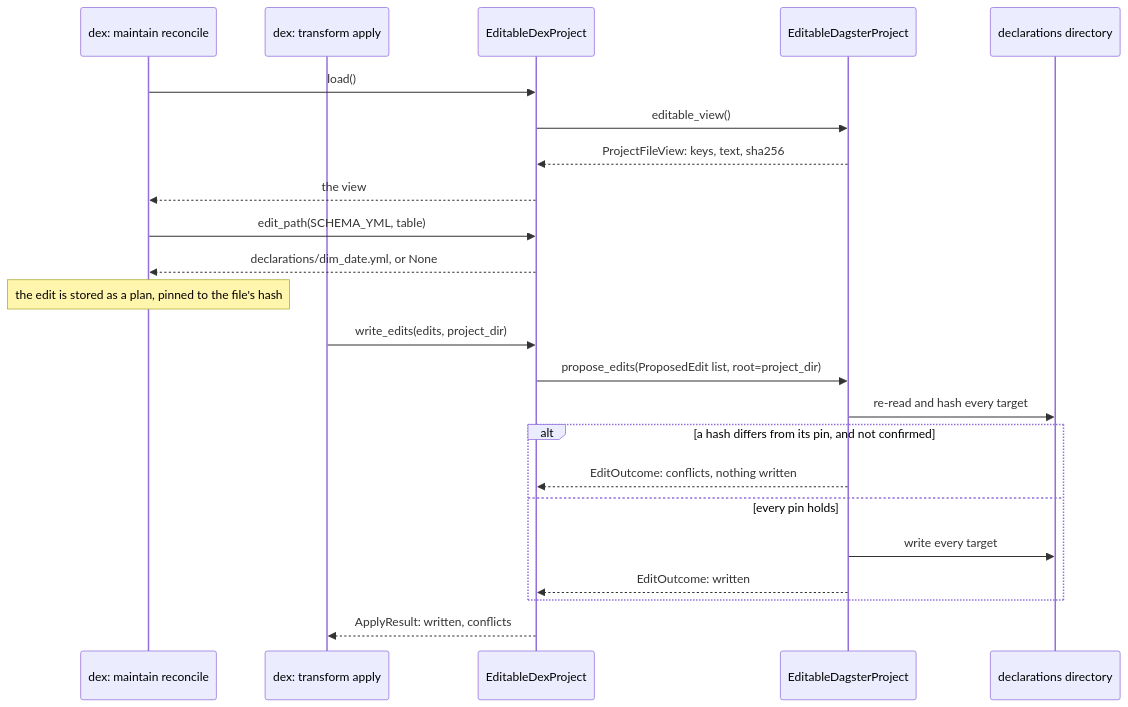
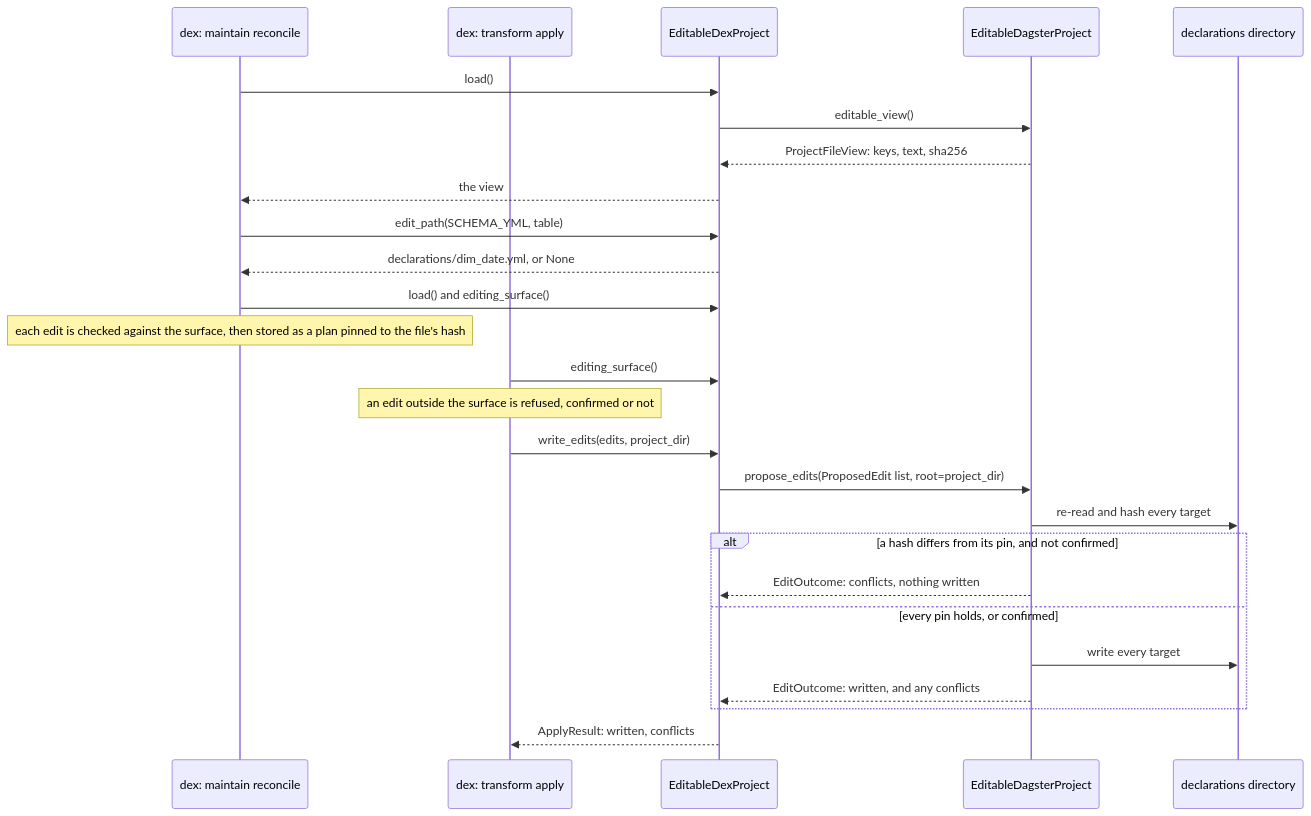
Before and after one commit to catincloud-labs/dagster-dex: the second of 3 diagrams in docs/design/dagster-to-dex.md, drawn with Mermaid. The commit also changed other lines of this file and 2 other files, not shown here.

````diff
--- a/docs/design/dagster-to-dex.md
+++ b/docs/design/dagster-to-dex.md
@@ -193,26 +197,29 @@
 ```mermaid
 sequenceDiagram
     participant R as dex: maintain reconcile
     participant T as dex: transform apply
     participant E as EditableDexProject
     participant P as EditableDagsterProject
     participant F as declarations directory
 
     R->>E: load()
     E->>P: editable_view()
     P-->>E: ProjectFileView: keys, text, sha256
     E-->>R: the view
     R->>E: edit_path(SCHEMA_YML, table)
     E-->>R: declarations/dim_date.yml, or None
-    Note over R: the edit is stored as a plan, pinned to the file's hash
+    R->>E: load() and editing_surface()
+    Note over R: each edit is checked against the surface, then stored as a plan pinned to the file's hash
+    T->>E: editing_surface()
+    Note over T: an edit outside the surface is refused, confirmed or not
     T->>E: write_edits(edits, project_dir)
     E->>P: propose_edits(ProposedEdit list, root=project_dir)
     P->>F: re-read and hash every target
     alt a hash differs from its pin, and not confirmed
         P-->>E: EditOutcome: conflicts, nothing written
-    else every pin holds
+    else every pin holds, or confirmed
         P->>F: write every target
-        P-->>E: EditOutcome: written
+        P-->>E: EditOutcome: written, and any conflicts
     end
     E-->>T: ApplyResult: written, conflicts
 ```
````
